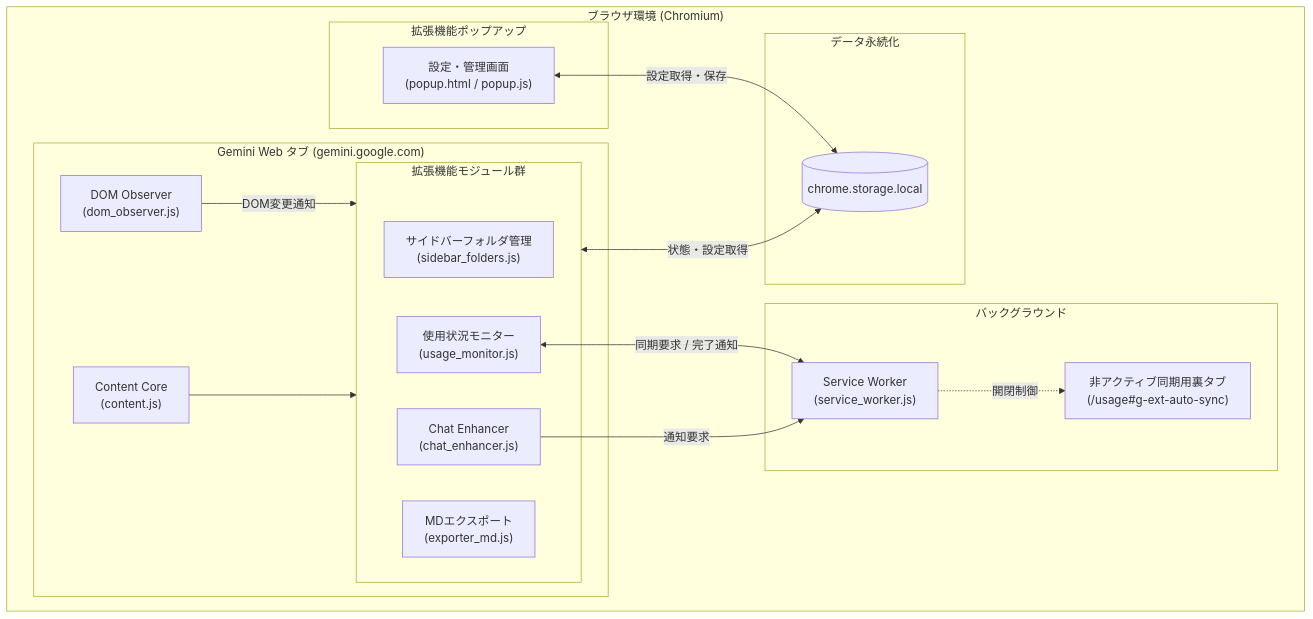
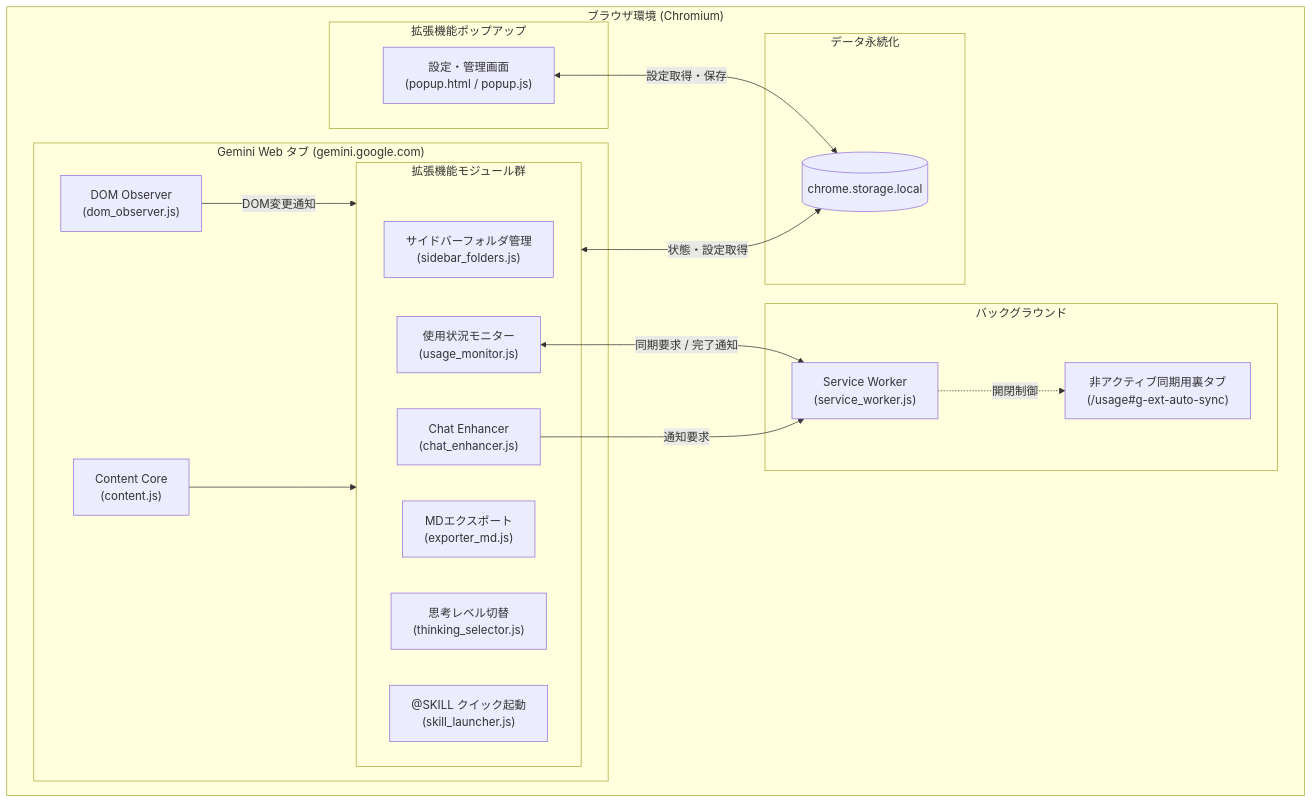
One commit to KunyScorpion/gemini-extended-suite changed the diagram in README.md. Above: the diagram before and after it, drawn with Mermaid. The commit also changed other lines of this file and 14 other files, not shown here.

````diff
--- a/README.md
+++ b/README.md
@@ -47,38 +47,40 @@
 ```mermaid
 flowchart TB
     subgraph Browser ["ブラウザ環境 (Chromium)"]
         subgraph GeminiTab ["Gemini Web タブ (gemini.google.com)"]
             DO["DOM Observer<br/>(dom_observer.js)"]
             CS["Content Core<br/>(content.js)"]
             
             subgraph Modules ["拡張機能モジュール群"]
                 SF["サイドバーフォルダ管理<br/>(sidebar_folders.js)"]
                 EM["MDエクスポート<br/>(exporter_md.js)"]
                 UM["使用状況モニター<br/>(usage_monitor.js)"]
                 CE["Chat Enhancer<br/>(chat_enhancer.js)"]
+                TS["思考レベル切替<br/>(thinking_selector.js)"]
+                SL["@SKILL クイック起動<br/>(skill_launcher.js)"]
             end
         end
 
         subgraph Background ["バックグラウンド"]
             SW["Service Worker<br/>(service_worker.js)"]
             ST["非アクティブ同期用裏タブ<br/>(/usage#g-ext-auto-sync)"]
         end
 
         subgraph PopupUI ["拡張機能ポップアップ"]
             PU["設定・管理画面<br/>(popup.html / popup.js)"]
         end
 
         subgraph Storage ["データ永続化"]
             CSL[("chrome.storage.local")]
         end
     end
 
     %% 接続関係
     DO -->|DOM変更通知| Modules
     CS --> Modules
     PU <-->|設定取得・保存| CSL
     Modules <-->|状態・設定取得| CSL
     UM <-->|同期要求 / 完了通知| SW
     SW -.->|開閉制御| ST
     CE -->|通知要求| SW
 ```
````
